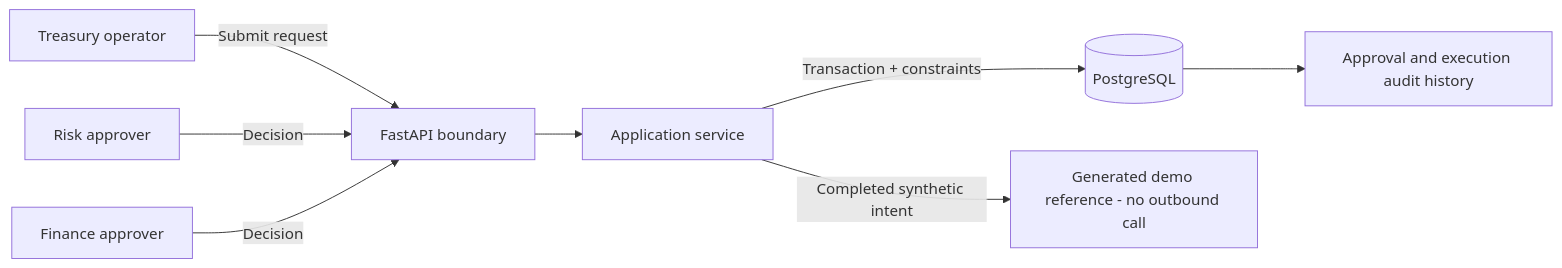
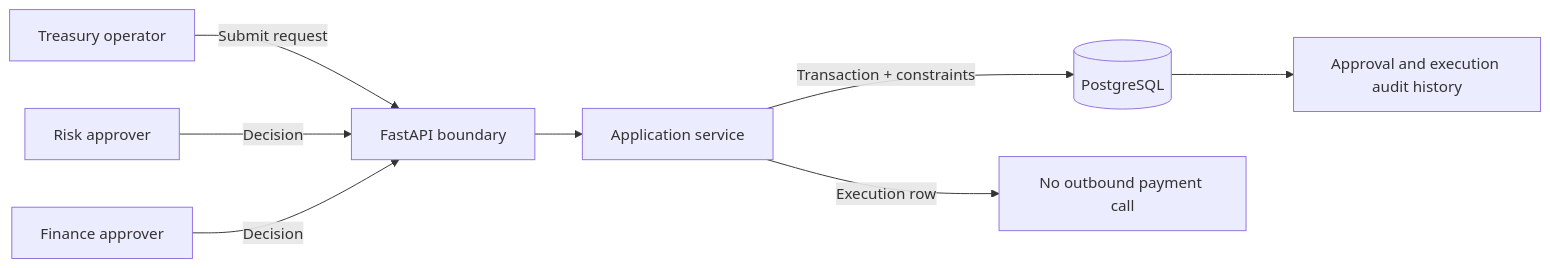
One commit to damian123/internal-transfer-approval-fastapi changed the diagram in README.md. Above: the diagram before and after it, drawn with Mermaid. The commit also changed other lines of this file and 2 other files, not shown here.

````diff
--- a/README.md
+++ b/README.md
@@ -81,10 +7,10 @@
 ```mermaid
 flowchart LR
     Operator[Treasury operator] -->|Submit request| API[FastAPI boundary]
     Approver1[Risk approver] -->|Decision| API
     Approver2[Finance approver] -->|Decision| API
     API --> Service[Application service]
     Service -->|Transaction + constraints| DB[(PostgreSQL)]
-    Service -->|Completed synthetic intent| Provider[Generated demo reference - no outbound call]
+    Service -->|Execution row| Record[No outbound payment call]
     DB --> Audit[Approval and execution audit history]
 ```
````
